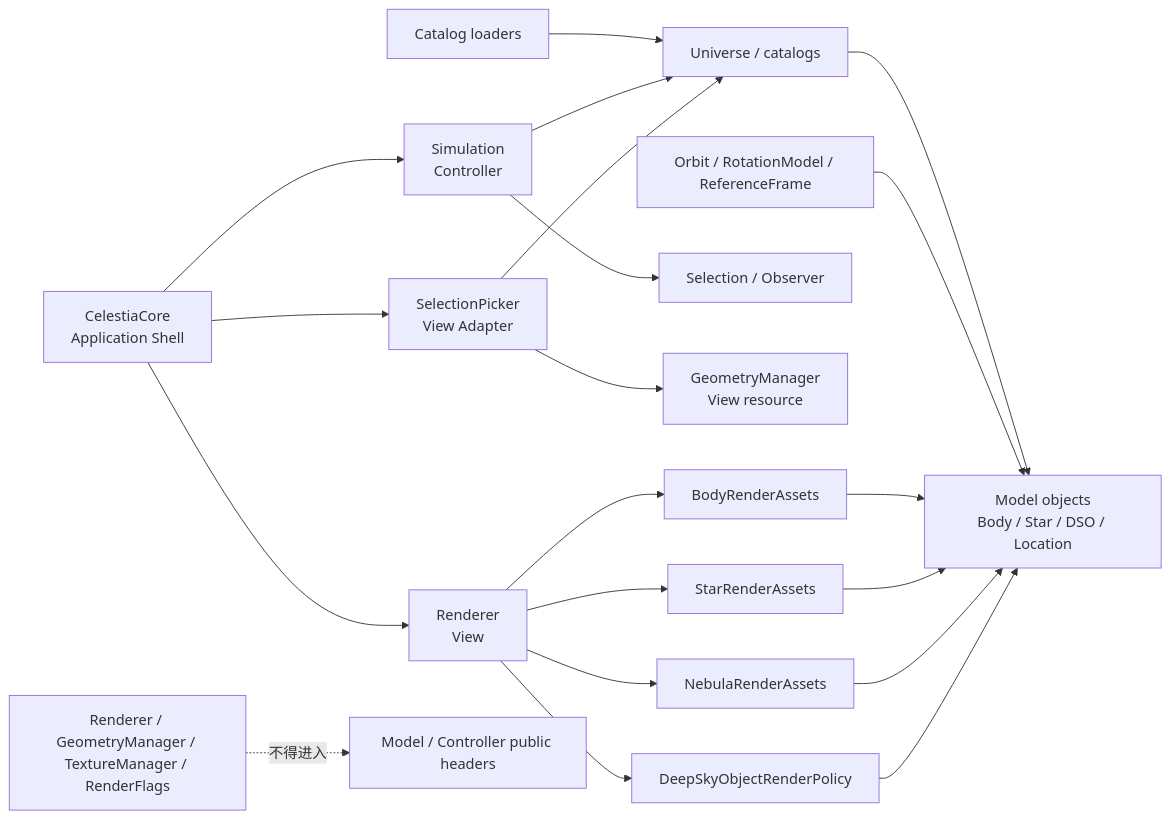
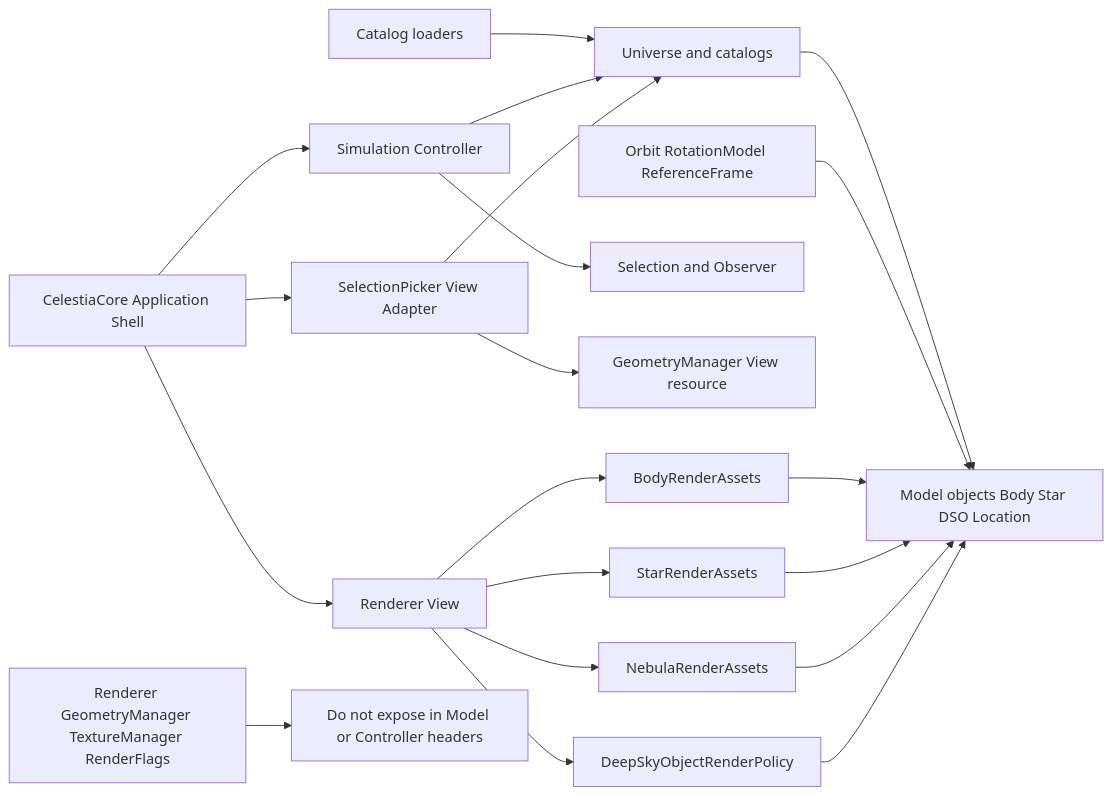
Before and after one commit to wgwtest/Celestia: the first of 4 diagrams in DOC/CODEX_DOC/02_设计说明/02-05-Celestia标准MVC解耦与迁移映射说明.md, drawn with Mermaid. The commit also changed other lines of this file and 1 other file, not shown here.

Commit message:
docs: make MVC diagrams Typora compatible

````diff
--- a/DOC/CODEX_DOC/02_设计说明/02-05-Celestia标准MVC解耦与迁移映射说明.md
+++ b/DOC/CODEX_DOC/02_设计说明/02-05-Celestia标准MVC解耦与迁移映射说明.md
@@ -37,27 +37,27 @@
 ```mermaid
-flowchart LR
-    catalog["Catalog loaders"] --> universe["Universe / catalogs"]
-    universe --> model["Model objects<br/>Body / Star / DSO / Location"]
-    dynamics["Orbit / RotationModel / ReferenceFrame"] --> model
+graph LR
+    Catalog[Catalog loaders] --> Universe[Universe and catalogs]
+    Universe --> Model[Model objects Body Star DSO Location]
+    Dynamics[Orbit RotationModel ReferenceFrame] --> Model
 
-    simulation["Simulation<br/>Controller"] --> universe
-    simulation --> state["Selection / Observer"]
+    Simulation[Simulation Controller] --> Universe
+    Simulation --> State[Selection and Observer]
 
-    shell["CelestiaCore<br/>Application Shell"] --> simulation
-    shell --> renderer["Renderer<br/>View"]
-    shell --> picker["SelectionPicker<br/>View Adapter"]
+    CelestiaCore[CelestiaCore Application Shell] --> Simulation
+    CelestiaCore --> Renderer[Renderer View]
+    CelestiaCore --> SelectionPicker[SelectionPicker View Adapter]
 
-    picker --> universe
-    picker --> geometry["GeometryManager<br/>View resource"]
-    renderer --> bodyAssets["BodyRenderAssets"]
-    renderer --> starAssets["StarRenderAssets"]
-    renderer --> nebulaAssets["NebulaRenderAssets"]
-    renderer --> dsoPolicy["DeepSkyObjectRenderPolicy"]
+    SelectionPicker --> Universe
+    SelectionPicker --> GeometryManager[GeometryManager View resource]
+    Renderer --> BodyRenderAssets[BodyRenderAssets]
+    Renderer --> StarRenderAssets[StarRenderAssets]
+    Renderer --> NebulaRenderAssets[NebulaRenderAssets]
+    Renderer --> DeepSkyObjectRenderPolicy[DeepSkyObjectRenderPolicy]
 
-    bodyAssets --> model
-    starAssets --> model
-    nebulaAssets --> model
-    dsoPolicy --> model
+    BodyRenderAssets --> Model
+    StarRenderAssets --> Model
+    NebulaRenderAssets --> Model
+    DeepSkyObjectRenderPolicy --> Model
 
-    viewResources["Renderer / GeometryManager / TextureManager / RenderFlags"] -. "不得进入" .-> coreHeaders["Model / Controller public headers"]
+    ViewResources[Renderer GeometryManager TextureManager RenderFlags] --> Forbidden[Do not expose in Model or Controller headers]
 ```
````
